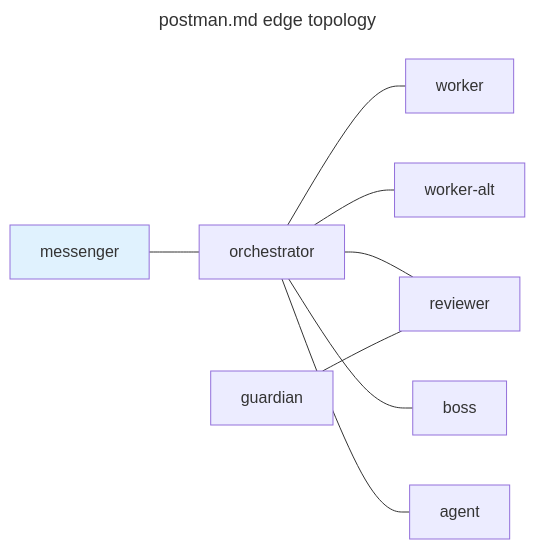
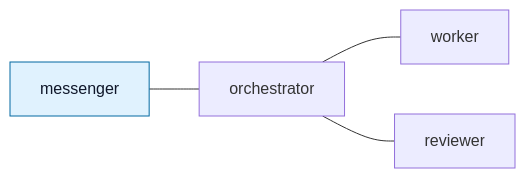
One commit to i9wa4/tmux-a2a-postman changed the second of 2 diagrams in README.md. Above: the diagram before and after it, drawn with Mermaid. The commit also changed other lines of this file and 1 other file, not shown here.

````diff
--- a/README.md
+++ b/README.md
@@ -245,15 +129,8 @@
 ```mermaid
----
-title: postman.md edge topology
----
 graph LR
     messenger --- orchestrator
     orchestrator --- worker
-    orchestrator --- worker-alt
     orchestrator --- reviewer
-    orchestrator --- boss
-    guardian --- reviewer
-    orchestrator --- agent
     class messenger ui_node
-    classDef ui_node fill:#e0f2fe
+    classDef ui_node fill:#e0f2fe,stroke:#0369a1,color:#0f172a
 ```
````
